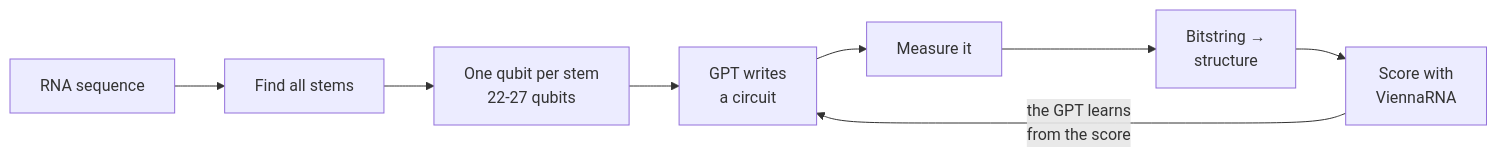
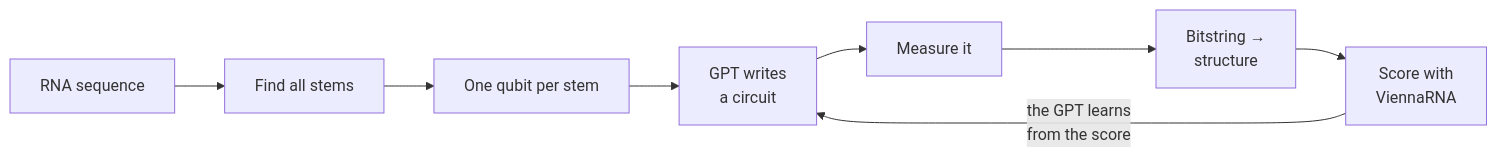
Before and after one commit to hosen20/mRNA: the diagram in README.md, drawn with Mermaid. The commit also changed other lines of this file, not shown here.

````diff
--- a/README.md
+++ b/README.md
@@ -30,10 +32,10 @@
 ```mermaid
 flowchart LR
     A["RNA sequence"] --> B["Find all stems"]
-    B --> C["One qubit per stem<br/>22-27 qubits"]
+    B --> C["One qubit per stem"]
     C --> D["GPT writes<br/>a circuit"]
     D --> E["Measure it"]
     E --> F["Bitstring →<br/>structure"]
     F --> G["Score with<br/>ViennaRNA"]
     G -->|"the GPT learns<br/>from the score"| D
 ```
````
